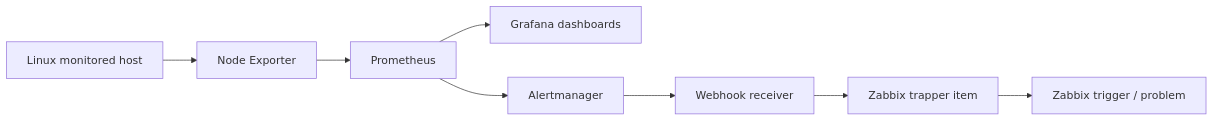
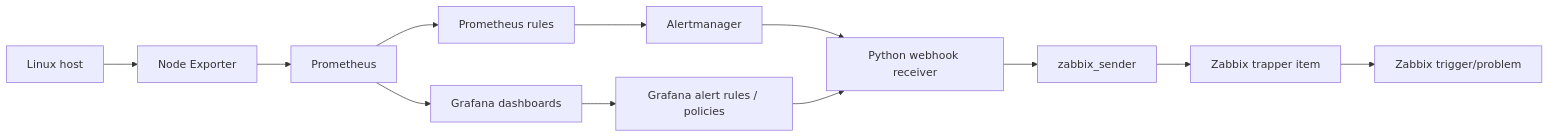
Before and after one commit to Jay21-it/linux-infrastructure-monitoring: the diagram in README.md, drawn with Mermaid. The commit also changed other lines of this file, not shown here.

````diff
--- a/README.md
+++ b/README.md
@@ -18,10 +17,14 @@
-```mermaid
+~~~mermaid
 flowchart LR
-  A[Linux monitored host] --> B[Node Exporter]
+  A[Linux host] --> B[Node Exporter]
   B --> C[Prometheus]
   C --> D[Grafana dashboards]
-  C --> E[Alertmanager]
-  E --> F[Webhook receiver]
-  F --> G[Zabbix trapper item]
-  G --> H[Zabbix trigger / problem]
-```
+  C --> E[Prometheus rules]
+  E --> F[Alertmanager]
+  D --> G[Grafana alert rules / policies]
+  F --> H[Python webhook receiver]
+  G --> H
+  H --> I[zabbix_sender]
+  I --> J[Zabbix trapper item]
+  J --> K[Zabbix trigger/problem]
+~~~
````
